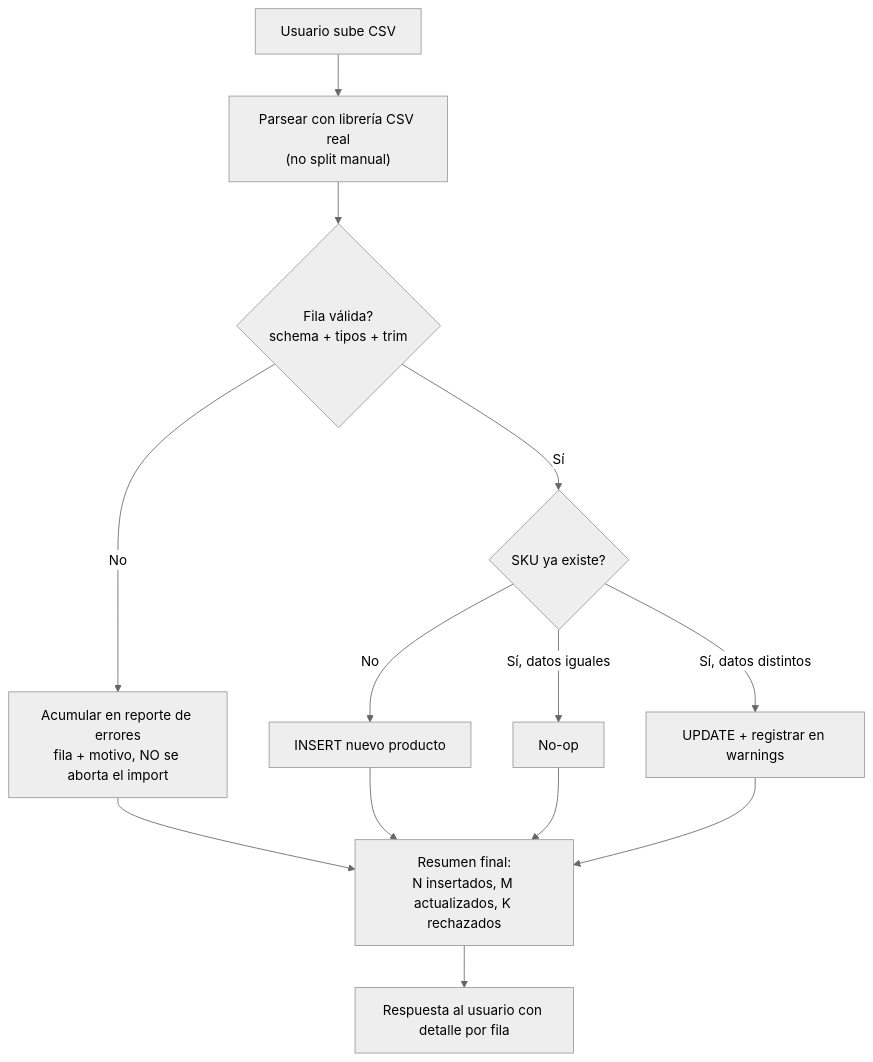
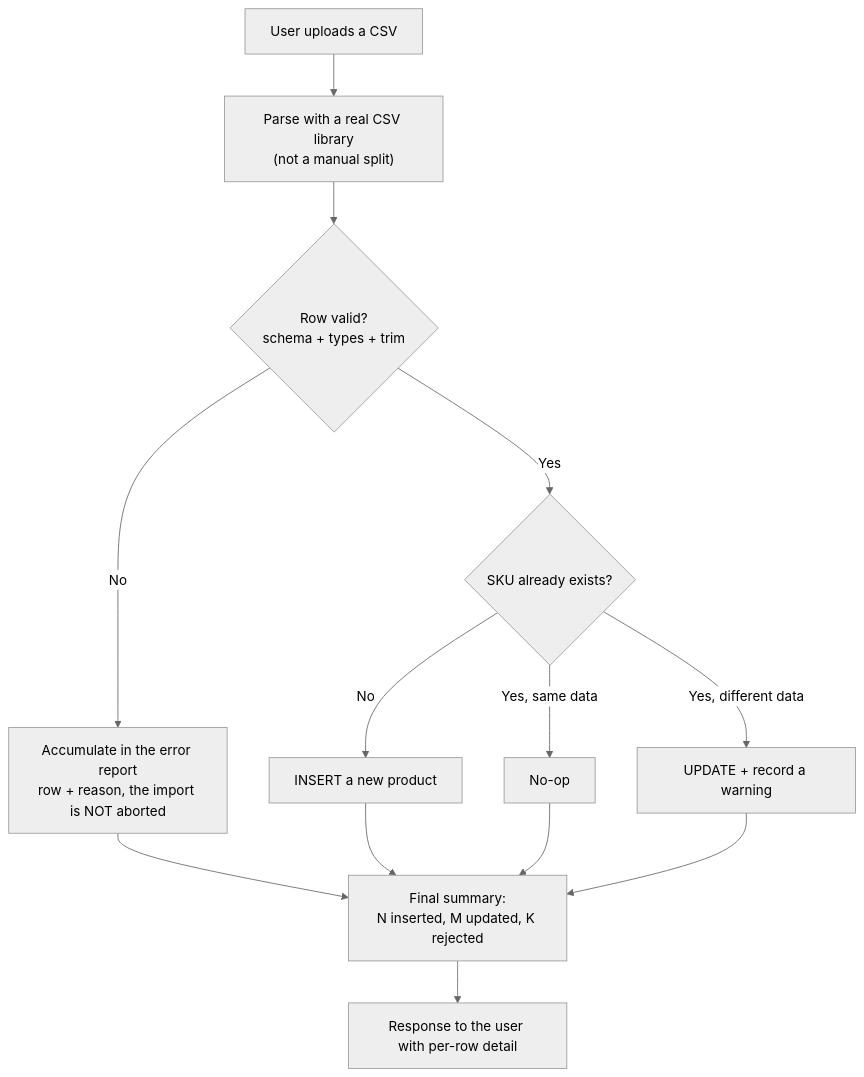
Before and after one commit to alejandrogalaz21/e-comerce: the third of 7 diagrams in docs/initial.md, drawn with Mermaid (neutral theme). The commit also changed other lines of this file and 1 other file, not shown here.

````diff
--- a/docs/initial.md
+++ b/docs/initial.md
@@ -222,15 +226,15 @@
 ```mermaid
 flowchart TD
-    A["Usuario sube CSV"] --> B["Parsear con librería CSV real<br/>(no split manual)"]
-    B --> C{"Fila válida?<br/>schema + tipos + trim"}
-    C -- No --> D["Acumular en reporte de errores<br/>fila + motivo, NO se aborta el import"]
-    C -- Sí --> E{"SKU ya existe?"}
-    E -- No --> F["INSERT nuevo producto"]
-    E -- "Sí, datos iguales" --> G["No-op"]
-    E -- "Sí, datos distintos" --> H["UPDATE + registrar en warnings"]
-    D --> I["Resumen final:<br/>N insertados, M actualizados, K rechazados"]
+    A["User uploads a CSV"] --> B["Parse with a real CSV library<br/>(not a manual split)"]
+    B --> C{"Row valid?<br/>schema + types + trim"}
+    C -- No --> D["Accumulate in the error report<br/>row + reason, the import is NOT aborted"]
+    C -- Yes --> E{"SKU already exists?"}
+    E -- No --> F["INSERT a new product"]
+    E -- "Yes, same data" --> G["No-op"]
+    E -- "Yes, different data" --> H["UPDATE + record a warning"]
+    D --> I["Final summary:<br/>N inserted, M updated, K rejected"]
     F --> I
     G --> I
     H --> I
-    I --> J["Respuesta al usuario con detalle por fila"]
+    I --> J["Response to the user with per-row detail"]
 ```
````
